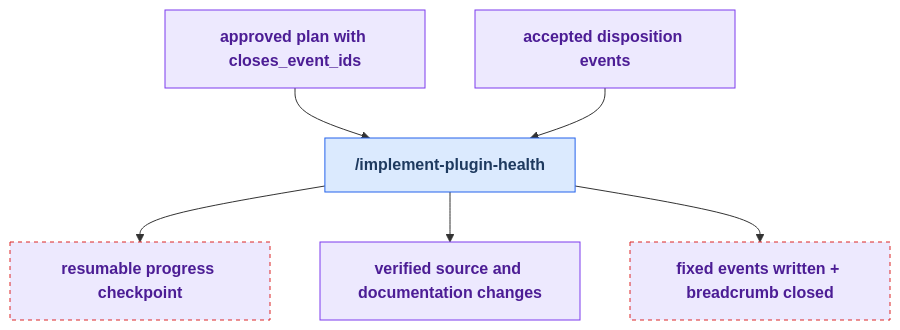
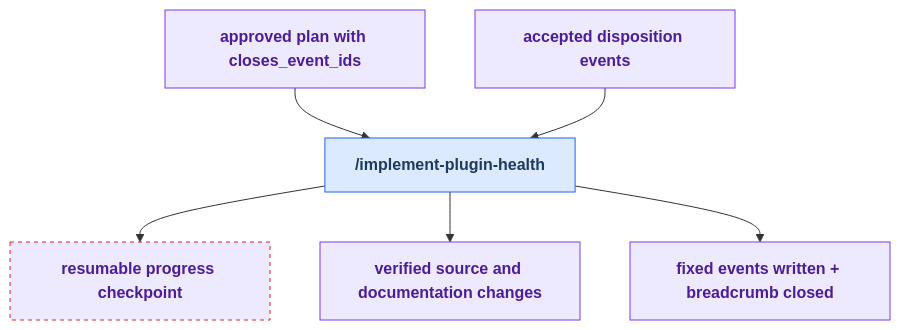
One commit to russell-laing/al-dev-shared changed the diagram in docs/maintainer_tooling/implement.md. Above: the diagram before and after it, drawn with Mermaid. The commit also changed 6 other files, not shown here.

````diff
--- a/docs/maintainer_tooling/implement.md
+++ b/docs/maintainer_tooling/implement.md
@@ -54,24 +54,24 @@
 ```mermaid
 flowchart TD
     classDef userSkill fill:#dbeafe,stroke:#2563eb,color:#1e3a5f,font-weight:bold
     classDef artifact fill:#ede9fe,stroke:#7c3aed,color:#4c1d95,font-weight:bold
     classDef orphanArtifact fill:#ede9fe,stroke:#dc2626,color:#4c1d95,stroke-dasharray:4 4,font-weight:bold
 
     art_plan["approved plan with closes_event_ids"]
     art_ledger["accepted disposition events"]
     skill_implement_health_plan["/implement-plugin-health"]
     art_progress["resumable progress checkpoint"]
     art_changed["verified source and documentation changes"]
     art_closed["fixed events written + breadcrumb closed"]
 
     art_plan --> skill_implement_health_plan
     art_ledger --> skill_implement_health_plan
     skill_implement_health_plan --> art_progress
     skill_implement_health_plan --> art_changed
     skill_implement_health_plan --> art_closed
 
     class skill_implement_health_plan userSkill
     class art_plan,art_ledger,art_changed artifact
     class art_progress orphanArtifact
-    class art_closed orphanArtifact
+    class art_closed artifact
 ```
````
